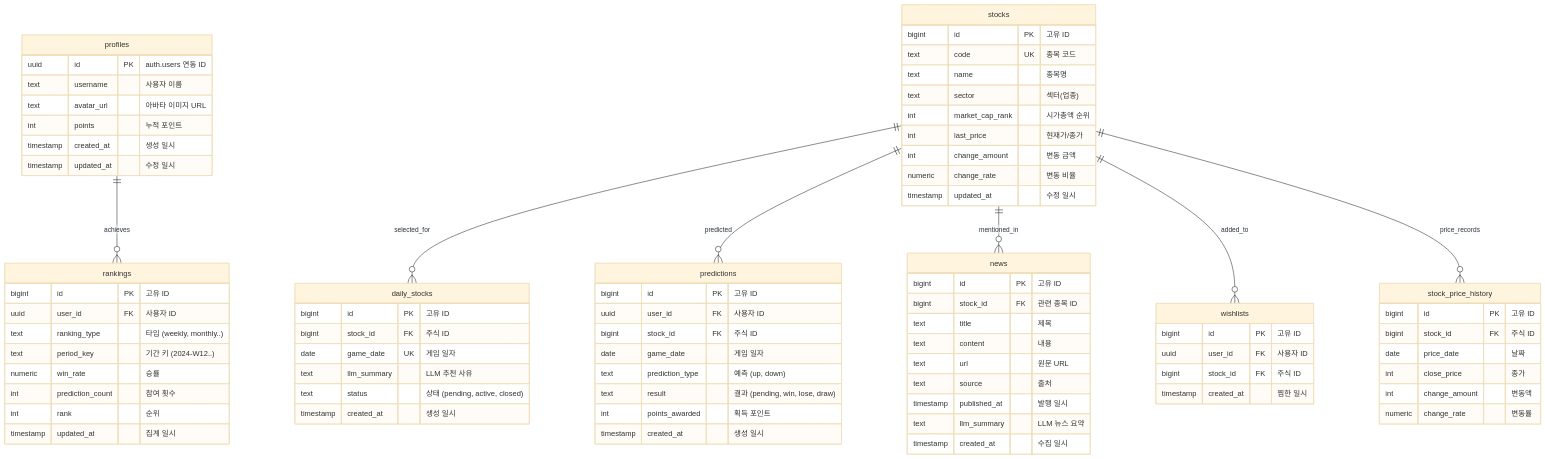
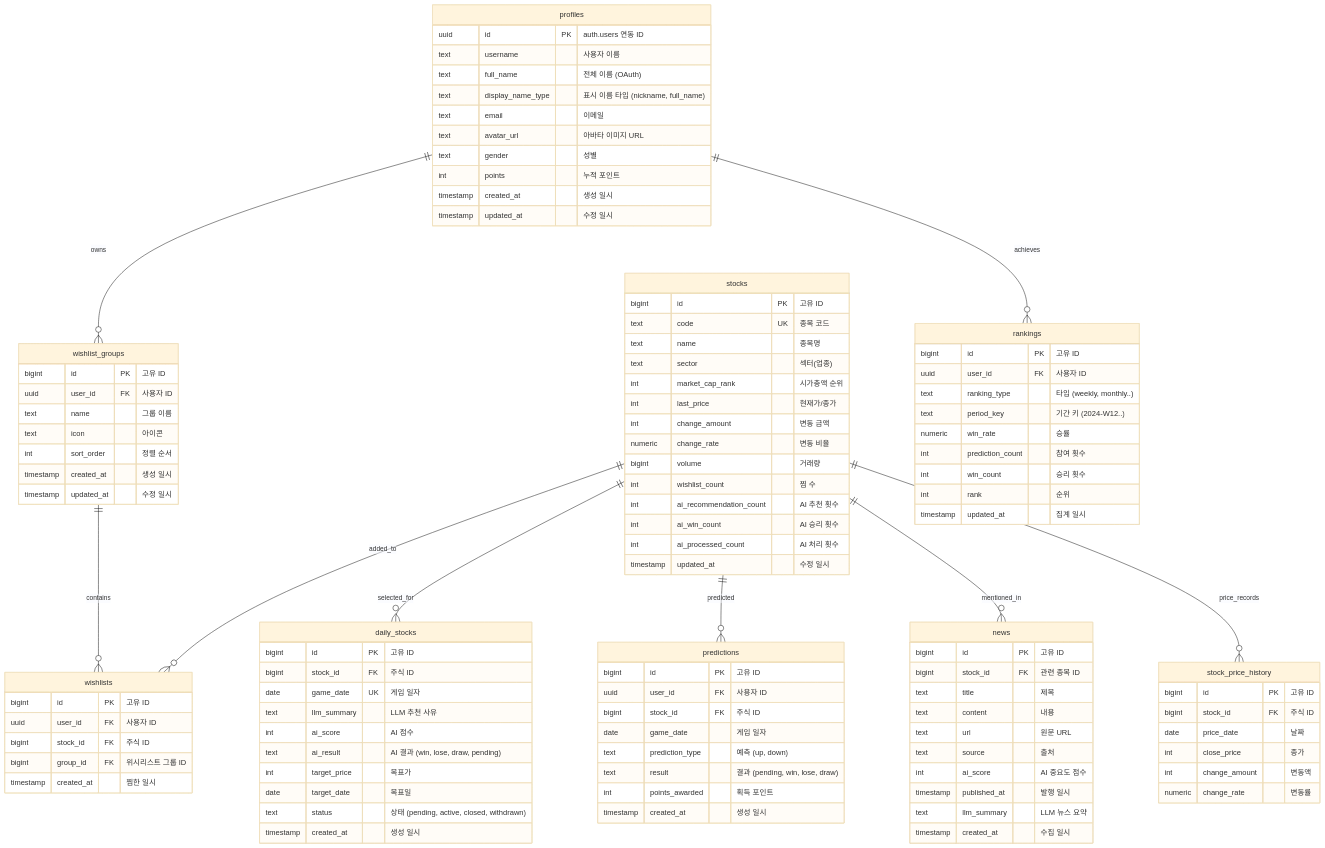
The diagram in erd.md (vlmwv/stock-league), drawn with Mermaid (base theme) before and after one commit. The commit also changed 5 other files, not shown here.

```diff
--- a/erd.md
+++ b/erd.md
@@ -5,7 +5,11 @@
     profiles {
         uuid id PK "auth.users 연동 ID"
         text username "사용자 이름"
+        text full_name "전체 이름 (OAuth)"
+        text display_name_type "표시 이름 타입 (nickname, full_name)"
+        text email "이메일"
         text avatar_url "아바타 이미지 URL"
+        text gender "성별"
         int points "누적 포인트"
         timestamp created_at "생성 일시"
         timestamp updated_at "수정 일시"
@@ -19,14 +23,39 @@
         int last_price "현재가/종가"
         int change_amount "변동 금액"
         numeric change_rate "변동 비율"
+        bigint volume "거래량"
+        int wishlist_count "찜 수"
+        int ai_recommendation_count "AI 추천 횟수"
+        int ai_win_count "AI 승리 횟수"
+        int ai_processed_count "AI 처리 횟수"
         timestamp updated_at "수정 일시"
+    }
+    wishlist_groups {
+        bigint id PK "고유 ID"
+        uuid user_id FK "사용자 ID"
+        text name "그룹 이름"
+        text icon "아이콘"
+        int sort_order "정렬 순서"
+        timestamp created_at "생성 일시"
+        timestamp updated_at "수정 일시"
+    }
+    wishlists {
+        bigint id PK "고유 ID"
+        uuid user_id FK "사용자 ID"
+        bigint stock_id FK "주식 ID"
+        bigint group_id FK "위시리스트 그룹 ID"
+        timestamp created_at "찜한 일시"
     }
     daily_stocks {
         bigint id PK "고유 ID"
         bigint stock_id FK "주식 ID"
         date game_date UK "게임 일자"
         text llm_summary "LLM 추천 사유"
-        text status "상태 (pending, active, closed)"
+        int ai_score "AI 점수"
+        text ai_result "AI 결과 (win, lose, draw, pending)"
+        int target_price "목표가"
+        date target_date "목표일"
+        text status "상태 (pending, active, closed, withdrawn)"
         timestamp created_at "생성 일시"
     }
     predictions {
@@ -46,15 +75,10 @@
         text content "내용"
         text url "원문 URL"
         text source "출처"
+        int ai_score "AI 중요도 점수"
         timestamp published_at "발행 일시"
         text llm_summary "LLM 뉴스 요약"
         timestamp created_at "수집 일시"
-    }
-    wishlists {
-        bigint id PK "고유 ID"
-        uuid user_id FK "사용자 ID"
-        bigint stock_id FK "주식 ID"
-        timestamp created_at "찜한 일시"
     }
     rankings {
         bigint id PK "고유 ID"
@@ -63,6 +87,7 @@
         text period_key "기간 키 (2024-W12..)"
         numeric win_rate "승률"
         int prediction_count "참여 횟수"
+        int win_count "승리 횟수"
         int rank "순위"
         timestamp updated_at "집계 일시"
     }
@@ -74,7 +99,9 @@
         int change_amount "변동액"
         numeric change_rate "변동률"
     }
+    profiles ||--o{ wishlist_groups : "owns"
     profiles ||--o{ rankings : "achieves"
+    wishlist_groups ||--o{ wishlists : "contains"
     stocks ||--o{ daily_stocks : "selected_for"
     stocks ||--o{ predictions : "predicted"
     stocks ||--o{ news : "mentioned_in"
```
